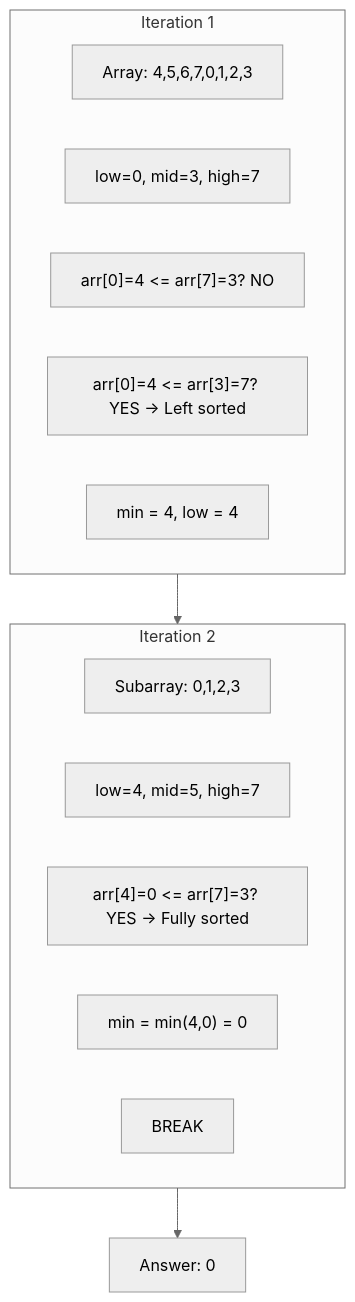
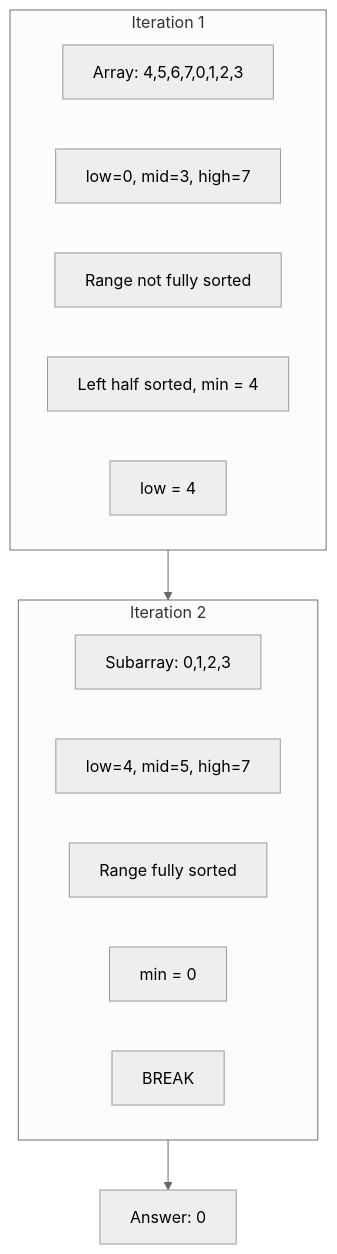
One commit to pentoshi007/tuf changed the eighth of 19 diagrams in dsa/Advanced/04-Binary search/02-logic-building/02-logic-building.md. Above: the diagram before and after it, drawn with Mermaid (neutral theme). The commit also changed other lines of this file and 1 other file, not shown here.

First line of the commit message:
Fix Mermaid diagram syntax for GitHub compatibility

````diff
--- a/dsa/Advanced/04-Binary search/02-logic-building/02-logic-building.md
+++ b/dsa/Advanced/04-Binary search/02-logic-building/02-logic-building.md
@@ -331,21 +331,21 @@
 ```mermaid
 flowchart TB
     subgraph Iter1["Iteration 1"]
         A1["Array: 4,5,6,7,0,1,2,3"]
         A2["low=0, mid=3, high=7"]
-        A3["arr[0]=4 <= arr[7]=3? NO"]
-        A4["arr[0]=4 <= arr[3]=7? YES → Left sorted"]
-        A5["min = 4, low = 4"]
+        A3["Range not fully sorted"]
+        A4["Left half sorted, min = 4"]
+        A5["low = 4"]
     end
     
     subgraph Iter2["Iteration 2"]
         B1["Subarray: 0,1,2,3"]
         B2["low=4, mid=5, high=7"]
-        B3["arr[4]=0 <= arr[7]=3? YES → Fully sorted"]
-        B4["min = min(4,0) = 0"]
+        B3["Range fully sorted"]
+        B4["min = 0"]
         B5["BREAK"]
     end
     
     Iter1 --> Iter2
     Iter2 --> Result["Answer: 0"]
 ```
````
